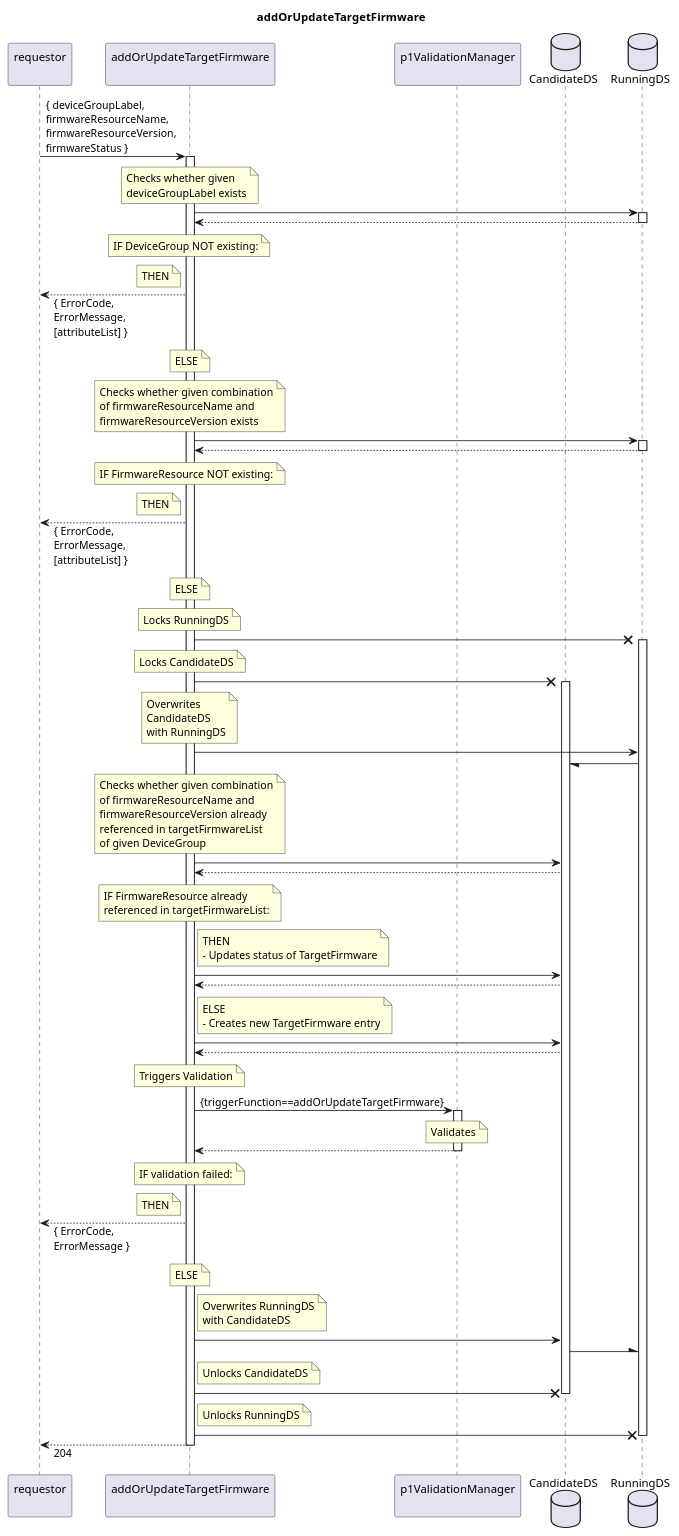
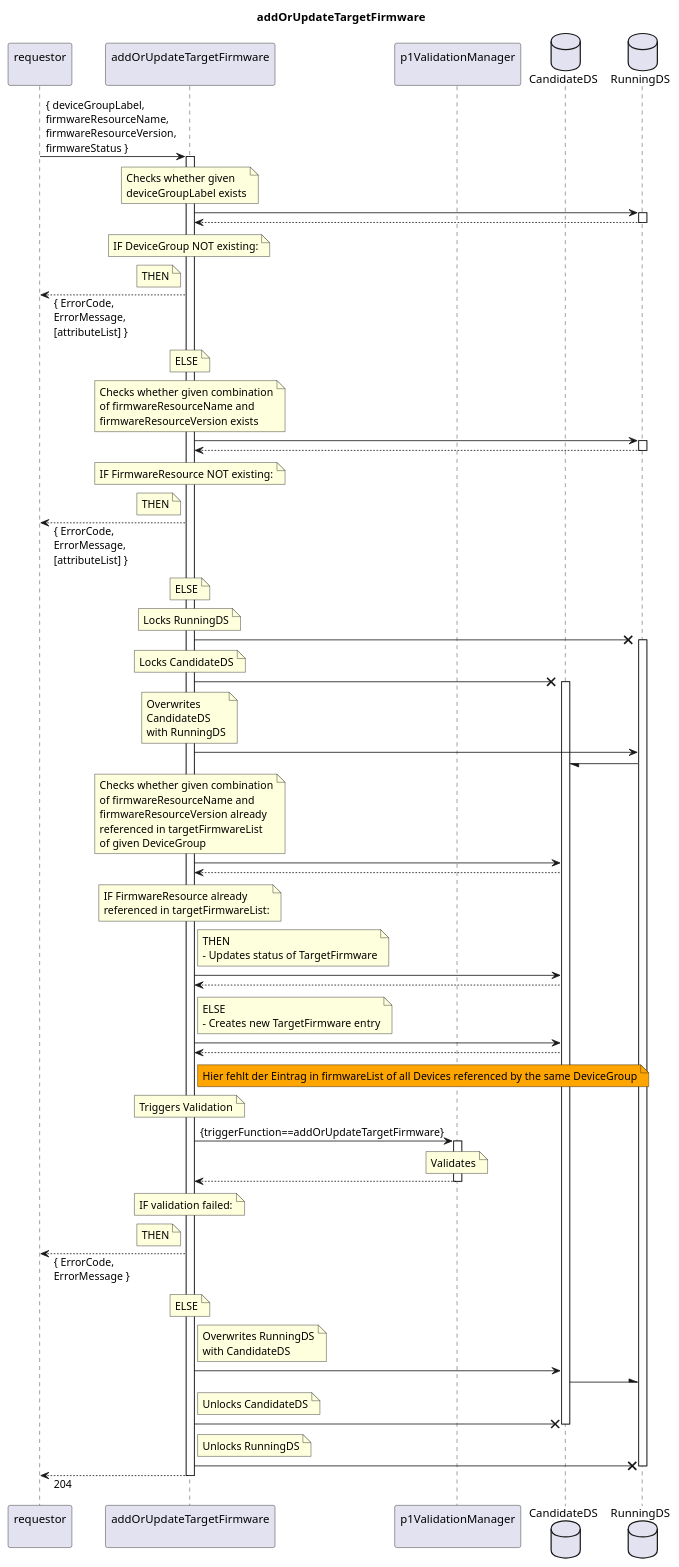
The diagram in spec/Services/addOrUpdateTargetFirmware/1.0.0/addOrUpdateTargetFirmware.plantuml (openBackhaul/FirmWareManager), drawn with PlantUML before and after one commit. The commit also changed 15 other files, not shown here.

```diff
--- a/spec/Services/addOrUpdateTargetFirmware/1.0.0/addOrUpdateTargetFirmware.plantuml
+++ b/spec/Services/addOrUpdateTargetFirmware/1.0.0/addOrUpdateTargetFirmware.plantuml
@@ -1,142 +1,147 @@
 @startuml addOrUpdateTargetFirmware
 skinparam responseMessageBelowArrow true
 
 title
   addOrUpdateTargetFirmware
 end title
 
 participant "requestor\n" as requestor
 participant "addOrUpdateTargetFirmware\n" as addTarget
 participant "p1ValidationManager\n" as valiMan
 database "CandidateDS" as CanDS
 database "RunningDS" as RunDS
 
 requestor -> addTarget: { deviceGroupLabel,\nfirmwareResourceName,\nfirmwareResourceVersion,\nfirmwareStatus }
 activate addTarget
 
   note over addTarget
     Checks whether given
     deviceGroupLabel exists
   end note
   addTarget -> RunDS
   activate RunDS
   addTarget <-- RunDS
   deactivate RunDS
   note over addTarget
     IF DeviceGroup NOT existing:
   end note
   note left addTarget
     THEN
   end note
   requestor <-- addTarget: { ErrorCode,\nErrorMessage,\n[attributeList] }
   note over addTarget
     ELSE
   end note
 
   note over addTarget
     Checks whether given combination
     of firmwareResourceName and
     firmwareResourceVersion exists
   end note
   addTarget -> RunDS
   activate RunDS
   addTarget <-- RunDS
   deactivate RunDS
   note over addTarget
     IF FirmwareResource NOT existing:
   end note
   note left addTarget
     THEN
   end note
   requestor <-- addTarget: { ErrorCode,\nErrorMessage,\n[attributeList] }
   note over addTarget
     ELSE
   end note
 
   note over addTarget
     Locks RunningDS
   end note
   addTarget -X RunDS
   activate RunDS
   note over addTarget
     Locks CandidateDS
   end note
   addTarget -X CanDS
   activate CanDS
   note over addTarget
     Overwrites
     CandidateDS
     with RunningDS
   end note
   addTarget -> RunDS
   RunDS -/ CanDS
 
   note over addTarget
     Checks whether given combination
     of firmwareResourceName and
     firmwareResourceVersion already
     referenced in targetFirmwareList
     of given DeviceGroup
   end note
   addTarget -> CanDS
   addTarget <-- CanDS
   note over addTarget
     IF FirmwareResource already
     referenced in targetFirmwareList:
   end note
   note right addTarget
     THEN
     - Updates status of TargetFirmware
   end note
   addTarget -> CanDS
   addTarget <-- CanDS
   note right addTarget
     ELSE
     - Creates new TargetFirmware entry
   end note
   addTarget -> CanDS
   addTarget <-- CanDS
 
+  note right addTarget #Orange
+    Hier fehlt der Eintrag in firmwareList of all Devices referenced by the same DeviceGroup
+  end note
+
+
   note over addTarget
     Triggers Validation
   end note
   addTarget -> valiMan: {triggerFunction==addOrUpdateTargetFirmware}
   activate valiMan
     note over valiMan
       Validates
     end note
   addTarget <-- valiMan
   deactivate valiMan
   note over addTarget
     IF validation failed:
   end note
   note left addTarget
     THEN
   end note
   requestor <-- addTarget: { ErrorCode,\nErrorMessage }
   note over addTarget
     ELSE
   end note
 
   note right addTarget
     Overwrites RunningDS
     with CandidateDS
   end note
   addTarget -> CanDS
   CanDS -\ RunDS
   note right addTarget
     Unlocks CandidateDS
   end note
   addTarget -X CanDS
   deactivate CanDS
   note right addTarget
     Unlocks RunningDS
   end note
   addTarget -X RunDS
   deactivate RunDS
 
   requestor <-- addTarget: 204
 
 deactivate addTarget
 
 @enduml
```
